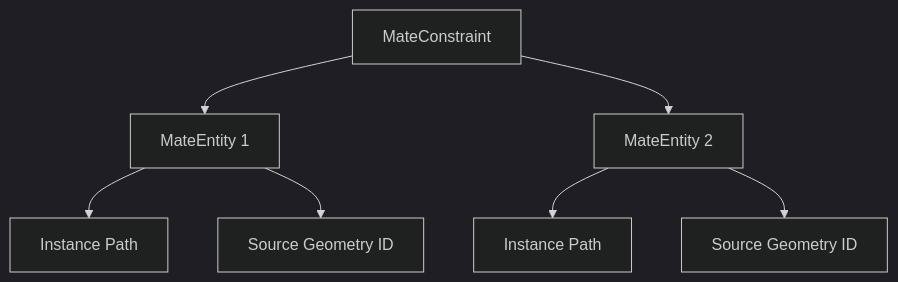
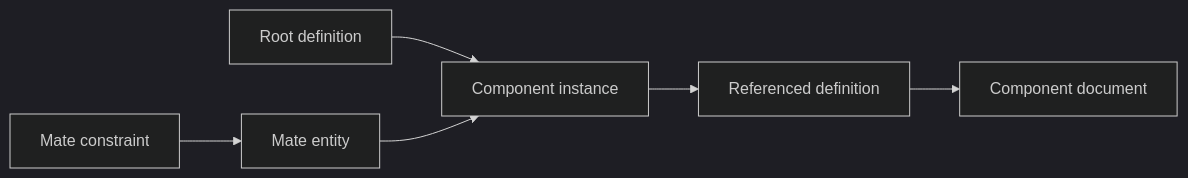
The diagram in Documentation/Reference/Model/Assembly.md (TryUniCAD/Kit), drawn with Mermaid (dark theme) before and after one commit. The commit also changed other lines of this file and 53 other files, not shown here.

````diff
--- a/Documentation/Reference/Model/Assembly.md
+++ b/Documentation/Reference/Model/Assembly.md
@@ -81,9 +32,8 @@
 ```mermaid
-graph TD
-    A[MateConstraint] --> B[MateEntity 1]
-    A --> C[MateEntity 2]
-    B --> D[Instance Path]
-    C --> E[Instance Path]
-    B --> F[Source Geometry ID]
-    C --> G[Source Geometry ID]
+flowchart LR
+    Root[Root definition] --> Instance[Component instance]
+    Instance --> Definition[Referenced definition]
+    Definition --> Document[Component document]
+    Mate[Mate constraint] --> Entity[Mate entity]
+    Entity --> Instance
 ```
````
